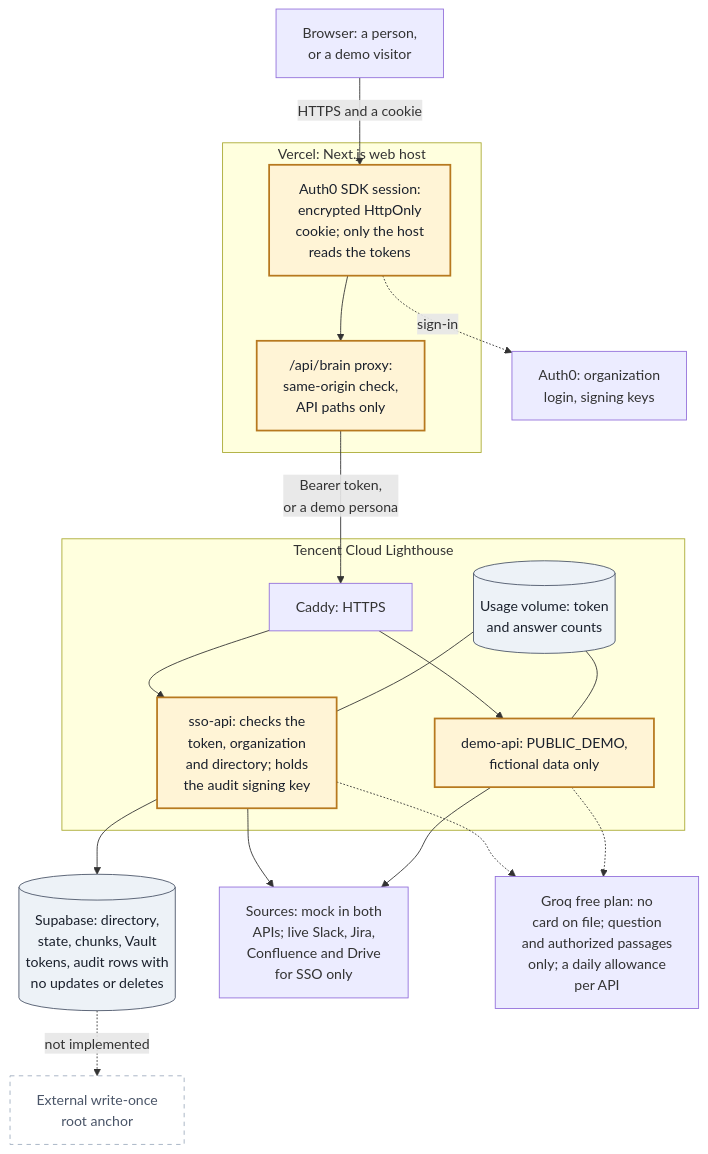
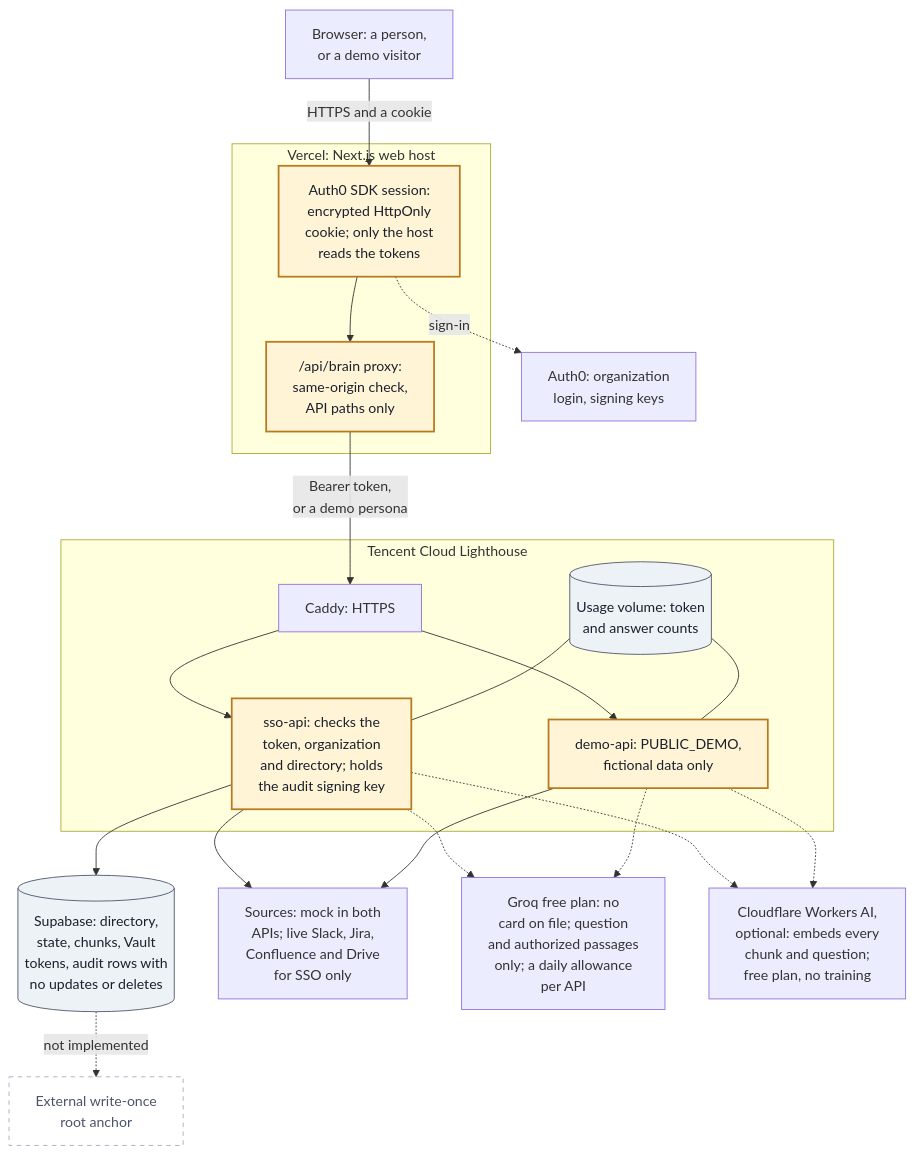
One commit to Danixjg/Broppy changed the first of 2 diagrams in docs/trust-boundary.md. Above: the diagram before and after it, drawn with Mermaid. The commit also changed other lines of this file and 10 other files, not shown here.

First line of the commit message:
docs: Cloudflare embeddings in the README, settings, hosting guide and diagram; log D56

````diff
--- a/docs/trust-boundary.md
+++ b/docs/trust-boundary.md
@@ -13,46 +13,49 @@
 ```mermaid
 flowchart TB
   classDef store fill:#edf2f7,stroke:#4a5568,color:#1a202c
   classDef guard fill:#fff4d6,stroke:#b7791f,stroke-width:2px,color:#1a202c
   classDef missing fill:#ffffff,stroke:#a0aec0,stroke-dasharray:5 5,color:#4a5568
 
   Visitor["Browser: a person,<br/>or a demo visitor"]
 
   subgraph Vercel["Vercel: Next.js web host"]
     Session["Auth0 SDK session:<br/>encrypted HttpOnly<br/>cookie; only the host<br/>reads the tokens"]
     Proxy["/api/brain proxy:<br/>same-origin check,<br/>API paths only"]
   end
 
   Auth0["Auth0: organization<br/>login, signing keys"]
 
   subgraph Lighthouse["Tencent Cloud Lighthouse"]
     Caddy["Caddy: HTTPS"]
     Usage[("Usage volume: token<br/>and answer counts")]
     SsoAPI["sso-api: checks the<br/>token, organization<br/>and directory; holds<br/>the audit signing key"]
     DemoAPI["demo-api: PUBLIC_DEMO,<br/>fictional data only"]
   end
 
   Supabase[("Supabase: directory,<br/>state, chunks, Vault<br/>tokens, audit rows with<br/>no updates or deletes")]
   Sources["Sources: mock in both<br/>APIs; live Slack, Jira,<br/>Confluence and Drive<br/>for SSO only"]
   Groq["Groq free plan: no<br/>card on file; question<br/>and authorized passages<br/>only; a daily allowance<br/>per API"]
+  Embed["Cloudflare Workers AI,<br/>optional: embeds every<br/>chunk and question;<br/>free plan, no training"]
   Anchor["External write-once<br/>root anchor"]
 
   Visitor -->|"HTTPS and a cookie"| Session
   Session --> Proxy
   Session -.->|"sign-in"| Auth0
   Proxy -->|"Bearer token,<br/>or a demo persona"| Caddy
   Caddy --> SsoAPI
   Caddy --> DemoAPI
   Usage --- SsoAPI
   Usage --- DemoAPI
   SsoAPI -.-> Groq
   SsoAPI --> Supabase
   SsoAPI --> Sources
   DemoAPI --> Sources
   DemoAPI -.-> Groq
+  SsoAPI -.-> Embed
+  DemoAPI -.-> Embed
   Supabase -.->|"not implemented"| Anchor
 
   class Session,Proxy,SsoAPI,DemoAPI guard
   class Supabase,Usage store
   class Anchor missing
 ```
````
